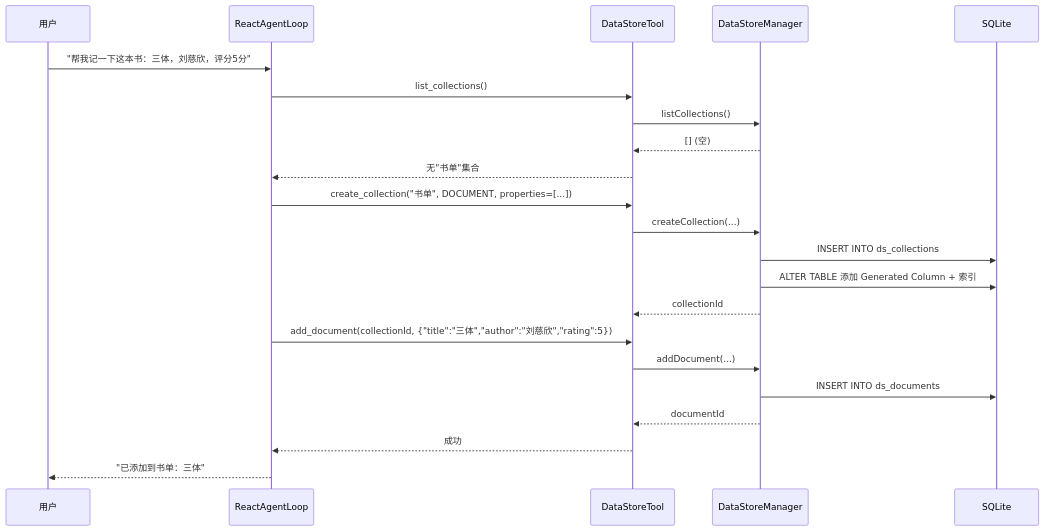
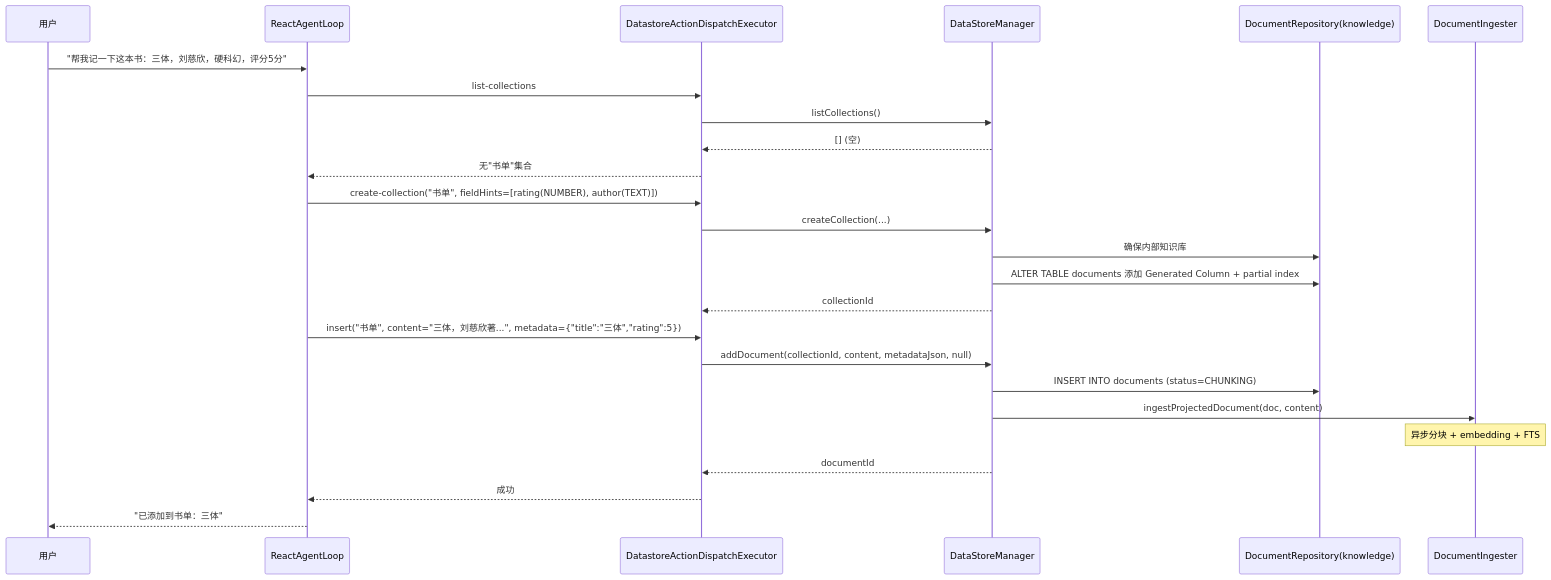
The second of 3 diagrams in docs/architecture/generic-data-store.md (ntygod/LifePilot), drawn with Mermaid before and after one commit. The commit also changed other lines of this file and 62 other files, not shown here.

````diff
--- a/docs/architecture/generic-data-store.md
+++ b/docs/architecture/generic-data-store.md
@@ -328,27 +314,30 @@
 ```mermaid
 sequenceDiagram
     participant U as 用户
     participant AL as ReactAgentLoop
-    participant DST as DataStoreTool
+    participant DST as DatastoreActionDispatchExecutor
     participant DSM as DataStoreManager
-    participant DB as SQLite
+    participant KDR as DocumentRepository(knowledge)
+    participant DI as DocumentIngester
 
-    U->>AL: "帮我记一下这本书：三体，刘慈欣，评分5分"
-    AL->>DST: list_collections()
+    U->>AL: "帮我记一下这本书：三体，刘慈欣，硬科幻，评分5分"
+    AL->>DST: list-collections
     DST->>DSM: listCollections()
     DSM-->>DST: [] (空)
     DST-->>AL: 无"书单"集合
 
-    AL->>DST: create_collection("书单", DOCUMENT, properties=[...])
+    AL->>DST: create-collection("书单", fieldHints=[rating(NUMBER), author(TEXT)])
     DST->>DSM: createCollection(...)
-    DSM->>DB: INSERT INTO ds_collections
-    DSM->>DB: ALTER TABLE 添加 Generated Column + 索引
+    DSM->>KDR: 确保内部知识库
+    DSM->>KDR: ALTER TABLE documents 添加 Generated Column + partial index
     DSM-->>DST: collectionId
 
-    AL->>DST: add_document(collectionId, {"title":"三体","author":"刘慈欣","rating":5})
-    DST->>DSM: addDocument(...)
-    DSM->>DB: INSERT INTO ds_documents
+    AL->>DST: insert("书单", content="三体，刘慈欣著...", metadata={"title":"三体","rating":5})
+    DST->>DSM: addDocument(collectionId, content, metadataJson, null)
+    DSM->>KDR: INSERT INTO documents (status=CHUNKING)
+    DSM->>DI: ingestProjectedDocument(doc, content)
+    Note over DI: 异步分块 + embedding + FTS
     DSM-->>DST: documentId
     DST-->>AL: 成功
     AL-->>U: "已添加到书单：三体"
 ```
````
